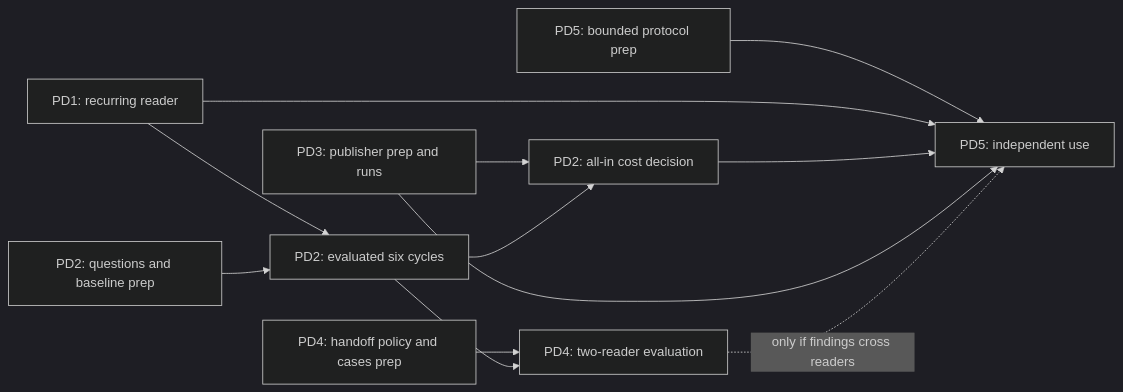
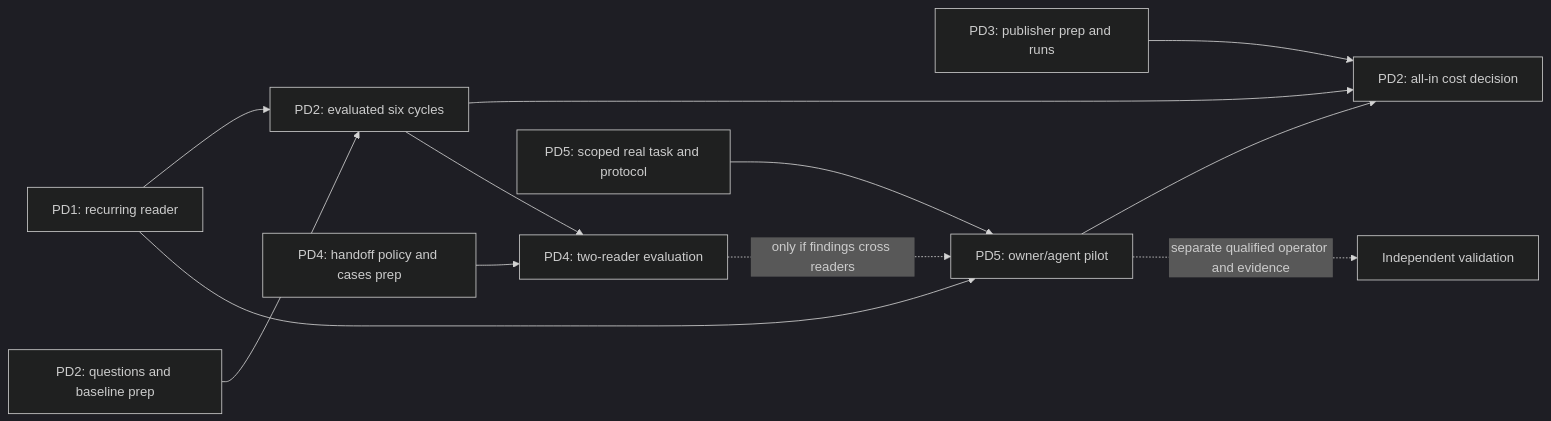
Before and after one commit to lazy-collective/pagedigest: the diagram in ROADMAP.md, drawn with Mermaid (dark theme). The commit also changed other lines of this file and 7 other files, not shown here.

````diff
--- a/ROADMAP.md
+++ b/ROADMAP.md
@@ -35,14 +49,14 @@
 ```mermaid
 flowchart LR
   PD1[PD1: recurring reader] --> PD2[PD2: evaluated six cycles]
   Q[PD2: questions and baseline prep] --> PD2
   P[PD3: publisher prep and runs] --> COST[PD2: all-in cost decision]
   PD2 --> COST
   H[PD4: handoff policy and cases prep] --> PD4[PD4: two-reader evaluation]
   PD2 --> PD4
-  PILOT[PD5: bounded protocol prep] --> PD5[PD5: independent use]
+  PILOT[PD5: scoped real task and protocol] --> PD5[PD5: owner/agent pilot]
   PD1 --> PD5
-  COST --> PD5
-  P --> PD5
+  PD5 --> COST
   PD4 -. only if findings cross readers .-> PD5
+  PD5 -. separate qualified operator and evidence .-> INDEPENDENT[Independent validation]
 ```
````
